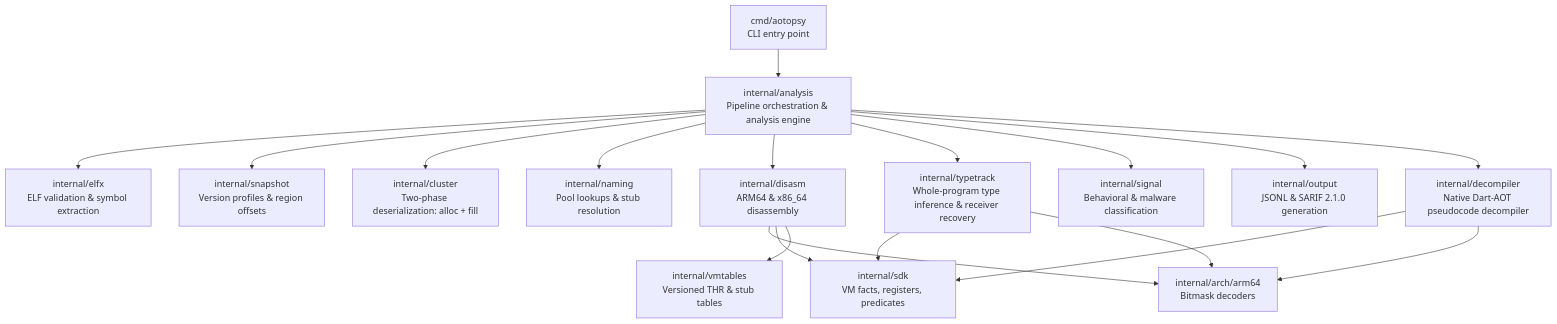
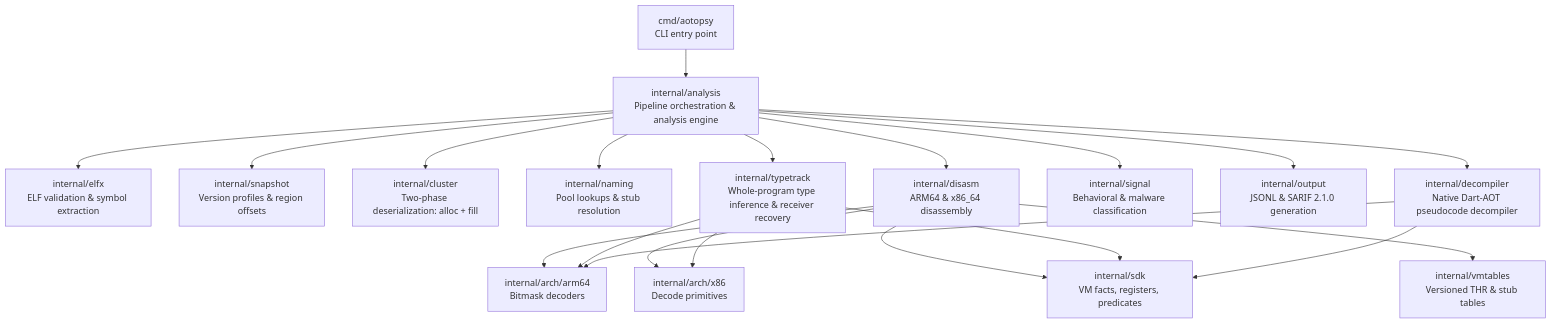
The first of 2 diagrams in ARCHITECTURE.md (BroNils/aotopsy), drawn with Mermaid before and after one commit. The commit also changed other lines of this file and 20 other files, not shown here.

First line of the commit message:
refactor: move x86 decode primitives from sdk to arch/x86 for symmetry

````diff
--- a/ARCHITECTURE.md
+++ b/ARCHITECTURE.md
@@ -9,21 +9,23 @@
 ```mermaid
 flowchart TD
     CLI[cmd/aotopsy<br/>CLI entry point] --> ANALYSIS[internal/analysis<br/>Pipeline orchestration & analysis engine]
     ANALYSIS --> ELFX[internal/elfx<br/>ELF validation & symbol extraction]
     ANALYSIS --> SNAP[internal/snapshot<br/>Version profiles & region offsets]
     ANALYSIS --> CLUST[internal/cluster<br/>Two-phase deserialization: alloc + fill]
     ANALYSIS --> NAMING[internal/naming<br/>Pool lookups & stub resolution]
     ANALYSIS --> DISASM[internal/disasm<br/>ARM64 & x86_64 disassembly]
     ANALYSIS --> TT[internal/typetrack<br/>Whole-program type inference & receiver recovery]
     ANALYSIS --> SIG[internal/signal<br/>Behavioral & malware classification]
     ANALYSIS --> OUT[internal/output<br/>JSONL & SARIF 2.1.0 generation]
     ANALYSIS --> DEC[internal/decompiler<br/>Native Dart-AOT pseudocode decompiler]
     
     DISASM --> ARCH_ARM[internal/arch/arm64<br/>Bitmask decoders]
+    DISASM --> ARCH_X86[internal/arch/x86<br/>Decode primitives]
     DISASM --> SDK[internal/sdk<br/>VM facts, registers, predicates]
     DISASM --> VMT[internal/vmtables<br/>Versioned THR & stub tables]
     TT --> SDK
     TT --> ARCH_ARM
+    TT --> ARCH_X86
     DEC --> SDK
     DEC --> ARCH_ARM
 ```
````
